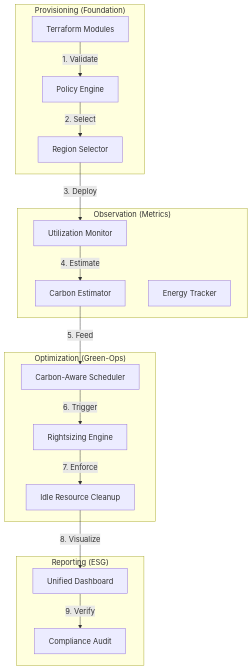
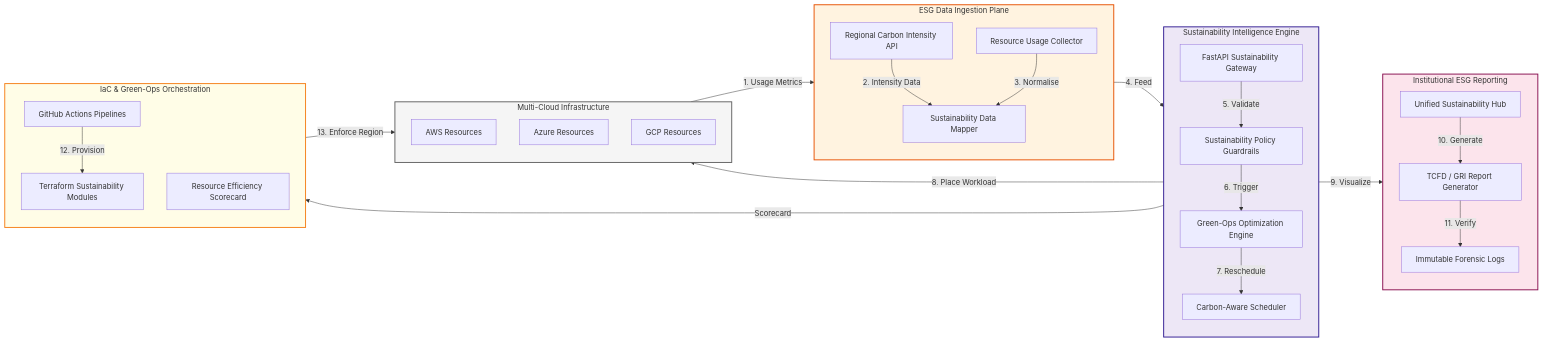
The first of 10 diagrams in README.md (Devopstrio/sustainability-lz), drawn with Mermaid before and after one commit. The commit also changed other lines of this file, not shown here.

Commit message:
docs: implement 10+ professional architecture diagrams for sustainability landing zone

````diff
--- a/README.md
+++ b/README.md
@@ -45,35 +35,71 @@
 ```mermaid
-graph TD
-    subgraph "Provisioning (Foundation)"
-        Terra[Terraform Modules]
-        Policy[Policy Engine]
-        Region[Region Selector]
+graph LR
+    %% Subgraph Definitions
+    subgraph MultiCloud["Multi-Cloud Infrastructure"]
+        direction TB
+        AWS["AWS Resources"]
+        Azure["Azure Resources"]
+        GCP["GCP Resources"]
     end
 
-    subgraph "Observation (Metrics)"
-        Usage[Utilization Monitor]
-        Carbon[Carbon Estimator]
-        Energy[Energy Tracker]
+    subgraph Ingestion["ESG Data Ingestion Plane"]
+        direction TB
+        Collector["Resource Usage Collector"]
+        CarbonAPI["Regional Carbon Intensity API"]
+        Mapper["Sustainability Data Mapper"]
     end
 
-    subgraph "Optimization (Green-Ops)"
-        Sched[Carbon-Aware Scheduler]
-        Right[Rightsizing Engine]
-        Cleanup[Idle Resource Cleanup]
+    subgraph Intelligence["Sustainability Intelligence Engine"]
+        direction TB
+        API["FastAPI Sustainability Gateway"]
+        Optimizer["Green-Ops Optimization Engine"]
+        Sched["Carbon-Aware Scheduler"]
+        Policy["Sustainability Policy Guardrails"]
     end
 
-    subgraph "Reporting (ESG)"
-        Dash[Unified Dashboard]
-        Audit[Compliance Audit]
+    subgraph Reporting["Institutional ESG Reporting"]
+        direction TB
+        Dash["Unified Sustainability Hub"]
+        ESG["TCFD / GRI Report Generator"]
+        Audit["Immutable Forensic Logs"]
     end
 
-    Terra -->|1. Validate| Policy
-    Policy -->|2. Select| Region
-    Region -->|3. Deploy| Usage
-    Usage -->|4. Estimate| Carbon
-    Carbon -->|5. Feed| Sched
-    Sched -->|6. Trigger| Right
-    Right -->|7. Enforce| Cleanup
-    Cleanup -->|8. Visualize| Dash
-    Dash -->|9. Verify| Audit
+    subgraph DevOps["IaC & Green-Ops Orchestration"]
+        direction TB
+        GH["GitHub Actions Pipelines"]
+        TF["Terraform Sustainability Modules"]
+        SRE["Resource Efficiency Scorecard"]
+    end
+
+    %% Flow Arrows
+    MultiCloud -->|1. Usage Metrics| Collector
+    CarbonAPI -->|2. Intensity Data| Mapper
+    Collector -->|3. Normalise| Mapper
+    Mapper -->|4. Feed| API
+    
+    API -->|5. Validate| Policy
+    Policy -->|6. Trigger| Optimizer
+    Optimizer -->|7. Reschedule| Sched
+    Sched -->|8. Place Workload| MultiCloud
+    
+    API -->|9. Visualize| Dash
+    Dash -->|10. Generate| ESG
+    ESG -->|11. Verify| Audit
+    
+    GH -->|12. Provision| TF
+    TF -->|13. Enforce Region| MultiCloud
+    API -->|Scorecard| SRE
+
+    %% Styling
+    classDef cloud fill:#f5f5f5,stroke:#616161,stroke-width:2px;
+    classDef ingest fill:#fff3e0,stroke:#e65100,stroke-width:2px;
+    classDef intel fill:#ede7f6,stroke:#311b92,stroke-width:2px;
+    classDef report fill:#fce4ec,stroke:#880e4f,stroke-width:2px;
+    classDef devops fill:#fffde7,stroke:#f57f17,stroke-width:2px;
+
+    class MultiCloud cloud;
+    class Ingestion ingest;
+    class Intelligence intel;
+    class Reporting report;
+    class DevOps devops;
 ```
````
